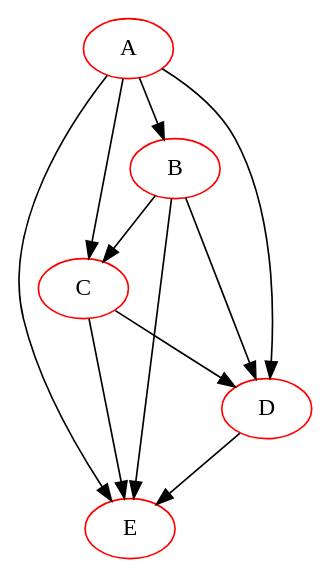
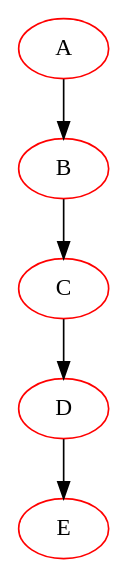
One commit to basaile92/Graphes_ARO changed the diagram in TP2/img/visu5.ps.dot. Above: the diagram before and after it, drawn with Graphviz. The commit also changed 26 other files, not shown here.

```diff
--- a/TP2/img/visu5.ps.dot
+++ b/TP2/img/visu5.ps.dot
@@ -1,17 +1,11 @@
 digraph {
 A [color=red]
 B [color=red]
 C [color=red]
 D [color=red]
 E [color=red]
  A -> B
- A -> C
- A -> D
- A -> E
  B -> C
- B -> D
- B -> E
  C -> D
- C -> E
  D -> E
 }
```
